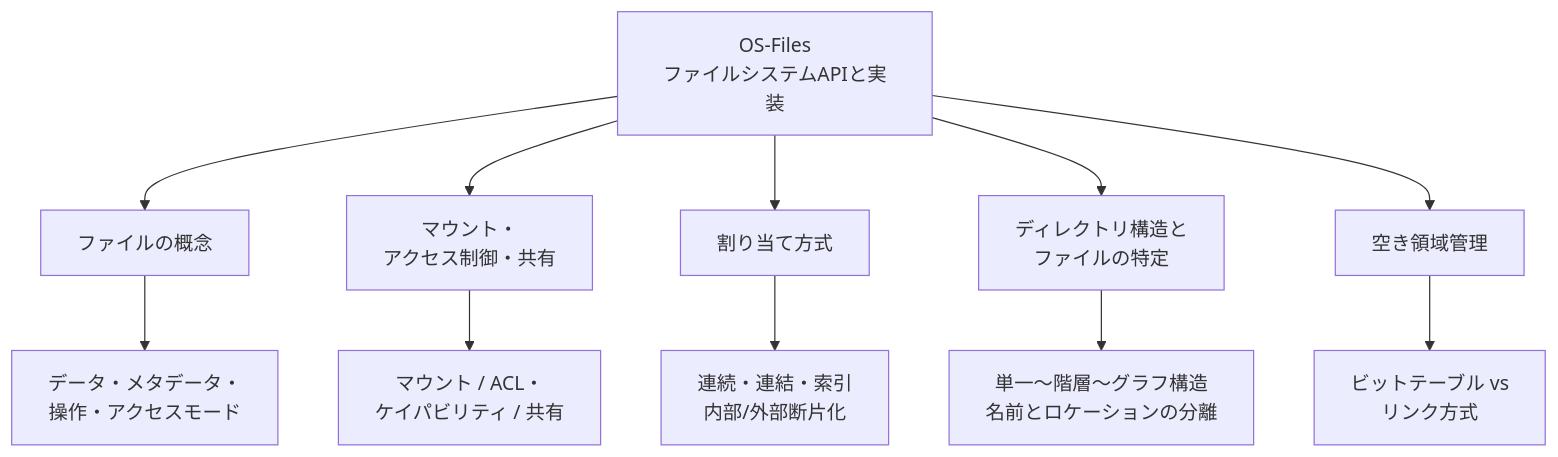
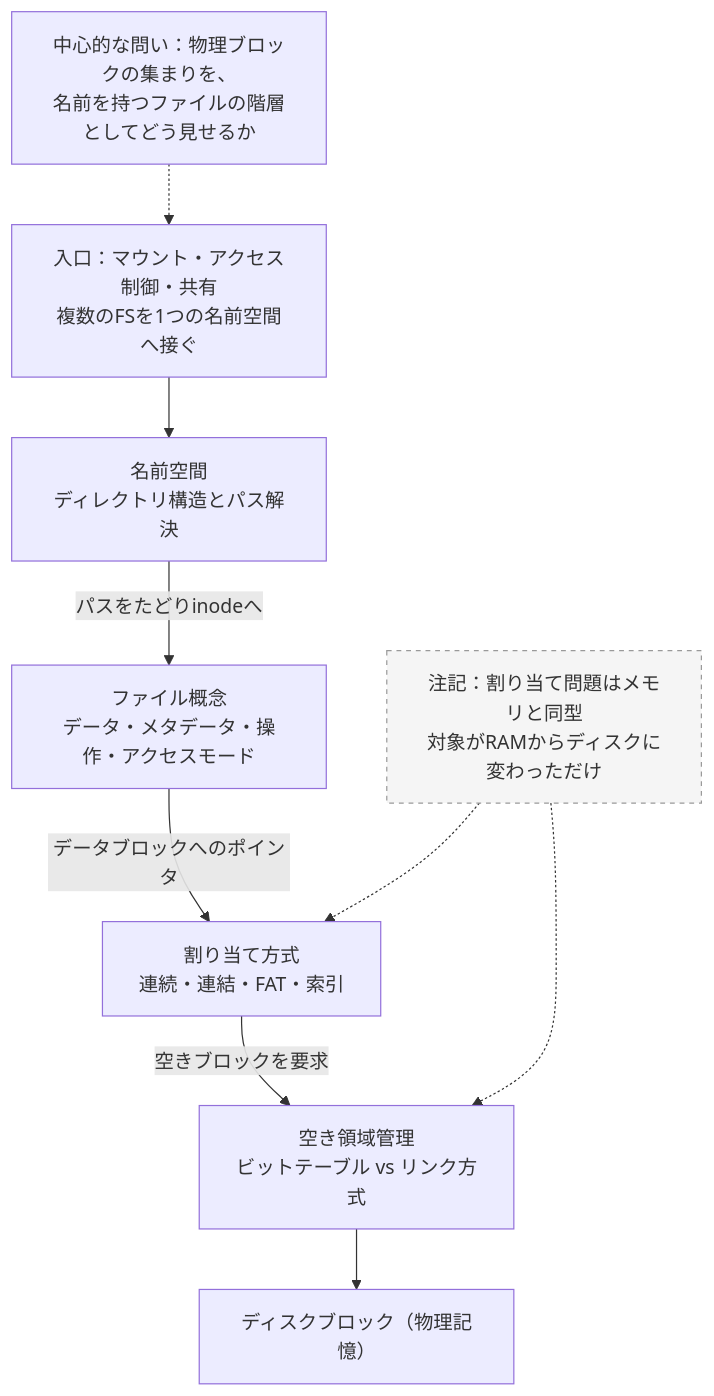
One commit to miyataka/cszap changed the diagram in docs/OS/OS-Files.md. Above: the diagram before and after it, drawn with Mermaid. The commit also changed other lines of this file and 28 other files, not shown here.

First line of the commit message:
docs: redesign 全体像 diagrams per unit (29 pages)

````diff
--- a/docs/OS/OS-Files.md
+++ b/docs/OS/OS-Files.md
@@ -12,13 +12,23 @@
 ```mermaid
 graph TD
-  A[OS-Files<br/>ファイルシステムAPIと実装] --> B[ファイルの概念]
-  A --> C[マウント・<br/>アクセス制御・共有]
-  A --> D[割り当て方式]
-  A --> E[ディレクトリ構造と<br/>ファイルの特定]
-  A --> F[空き領域管理]
-  B --> B1[データ・メタデータ・<br/>操作・アクセスモード]
-  C --> C1[マウント / ACL・<br/>ケイパビリティ / 共有]
-  D --> D1[連続・連結・索引<br/>内部/外部断片化]
-  E --> E1[単一〜階層〜グラフ構造<br/>名前とロケーションの分離]
-  F --> F1[ビットテーブル vs<br/>リンク方式]
+  Q["中心的な問い：物理ブロックの集まりを、<br/>名前を持つファイルの階層としてどう見せるか"]
+  MOUNT["入口：マウント・アクセス制御・共有<br/>複数のFSを1つの名前空間へ接ぐ"]
+  NS["名前空間<br/>ディレクトリ構造とパス解決"]
+  FILE["ファイル概念<br/>データ・メタデータ・操作・アクセスモード"]
+  ALLOC["割り当て方式<br/>連続・連結・FAT・索引"]
+  FREE["空き領域管理<br/>ビットテーブル vs リンク方式"]
+  BLOCKS["ディスクブロック（物理記憶）"]
+  MEMNOTE["注記：割り当て問題はメモリと同型<br/>対象がRAMからディスクに変わっただけ"]
+
+  Q -.-> MOUNT
+  MOUNT --> NS
+  NS -->|"パスをたどりinodeへ"| FILE
+  FILE -->|"データブロックへのポインタ"| ALLOC
+  ALLOC -->|"空きブロックを要求"| FREE
+  FREE --> BLOCKS
+  MEMNOTE -.-> ALLOC
+  MEMNOTE -.-> FREE
+
+  classDef note fill:#f5f5f5,stroke:#999,color:#333,stroke-dasharray:4;
+  class MEMNOTE note;
 ```
````
